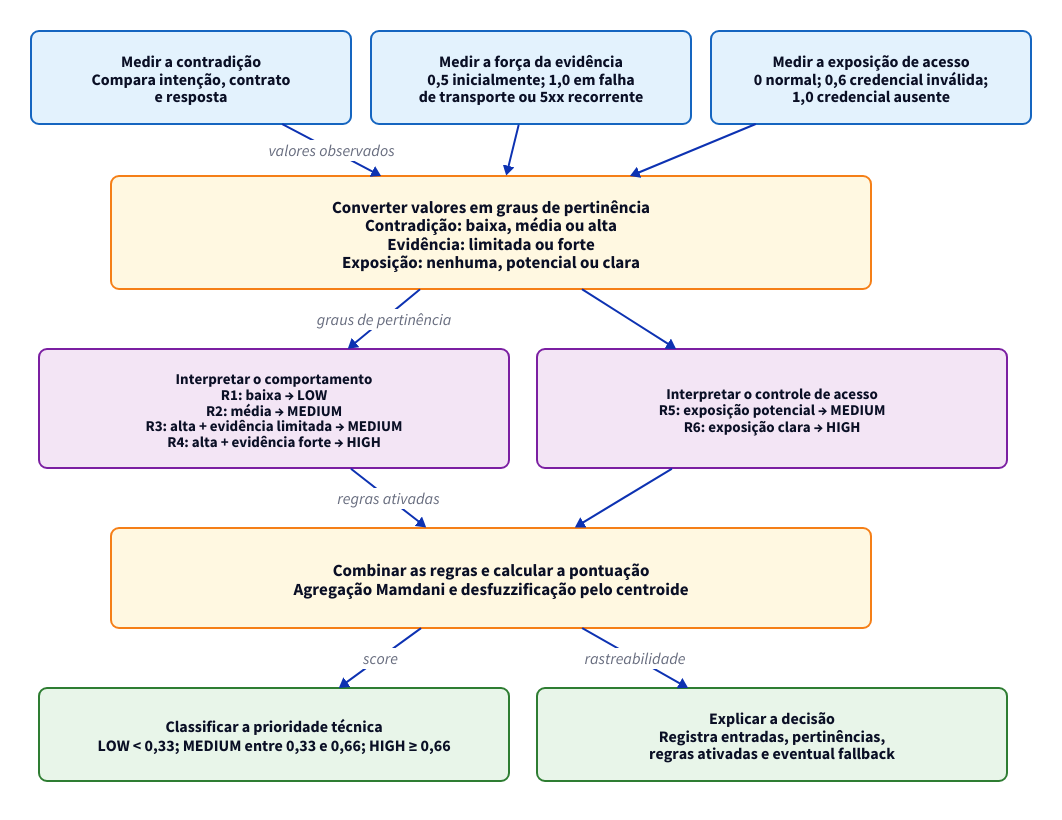
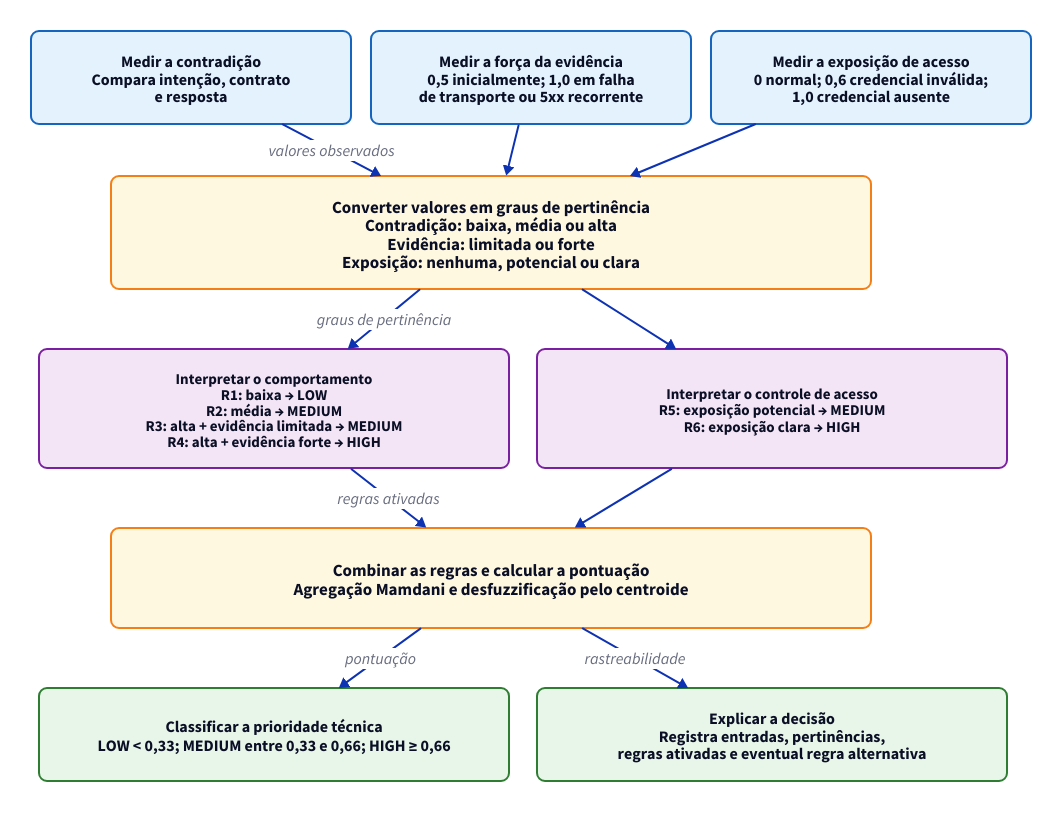
The diagram in docs/Diagrams/fuzzy-prioritization.d2 (Levi-21545/api-fuzzer), drawn with D2 before and after one commit. The commit also changed 11 other files, not shown here.

```diff
--- a/docs/Diagrams/fuzzy-prioritization.d2
+++ b/docs/Diagrams/fuzzy-prioritization.d2
@@ -1,144 +1,144 @@
 # Fluxo auditável do sistema fuzzy Mamdani
 # d2 --layout elk --pad 32 fuzzy-prioritization.d2 fuzzy-prioritization.svg
 
 direction: down
 grid-columns: 1
 grid-gap: 32
 style.fill: "#FFFFFF"
 
 classes: {
   input: {
     style: {
       fill: "#E3F2FD"
       stroke: "#1565C0"
       stroke-width: 2
       border-radius: 8
       font-size: 16
     }
   }
   process: {
     style: {
       fill: "#FFF8E1"
       stroke: "#F57F17"
       stroke-width: 2
       border-radius: 8
       font-size: 17
     }
   }
   rules: {
     style: {
       fill: "#F3E5F5"
       stroke: "#7B1FA2"
       stroke-width: 2
       border-radius: 8
       font-size: 15
     }
   }
   output: {
     style: {
       fill: "#E8F5E9"
       stroke: "#2E7D32"
       stroke-width: 2
       border-radius: 8
       font-size: 16
     }
   }
   row: {
     style: {
       fill: transparent
       stroke: transparent
     }
   }
   spacer: {
     style: {
       fill: transparent
       stroke: transparent
       opacity: 0
     }
   }
 }
 
 input_row: "" {
   grid-columns: 3
   grid-gap: 20
   class: row
 
   behavior: "Medir a contradição\nCompara intenção, contrato\ne resposta" {
     class: input
     width: 320
   }
   evidence: "Medir a força da evidência\n0,5 inicialmente; 1,0 em falha\nde transporte ou 5xx recorrente" {
     class: input
     width: 320
   }
   access: "Medir a exposição de acesso\n0 normal; 0,6 credencial inválida;\n1,0 credencial ausente" {
     class: input
     width: 320
   }
 }
 
 fuzz_row: "" {
   grid-columns: 3
   grid-gap: 0
   class: row
 
   fuzz_left: "" { class: spacer }
   fuzzification: "Converter valores em graus de pertinência\nContradição: baixa, média ou alta\nEvidência: limitada ou forte\nExposição: nenhuma, potencial ou clara" {
     class: process
     width: 760
   }
   fuzz_right: "" { class: spacer }
 }
 
 rule_row: "" {
   grid-columns: 2
   grid-gap: 28
   class: row
 
   behavior_rules: "Interpretar o comportamento\nR1: baixa → LOW\nR2: média → MEDIUM\nR3: alta + evidência limitada → MEDIUM\nR4: alta + evidência forte → HIGH" {
     class: rules
     width: 470
   }
   access_rules: "Interpretar o controle de acesso\nR5: exposição potencial → MEDIUM\nR6: exposição clara → HIGH" {
     class: rules
     width: 470
   }
 }
 
 inference_row: "" {
   grid-columns: 3
   grid-gap: 0
   class: row
 
   inference_left: "" { class: spacer }
   inference: "Combinar as regras e calcular a pontuação\nAgregação Mamdani e desfuzzificação pelo centroide" {
     class: process
     width: 760
   }
   inference_right: "" { class: spacer }
 }
 
 output_row: "" {
   grid-columns: 2
   grid-gap: 28
   class: row
 
   priority: "Classificar a prioridade técnica\nLOW < 0,33; MEDIUM entre 0,33 e 0,66; HIGH ≥ 0,66" {
     class: output
     width: 470
   }
-  audit: "Explicar a decisão\nRegistra entradas, pertinências,\nregras ativadas e eventual fallback" {
+  audit: "Explicar a decisão\nRegistra entradas, pertinências,\nregras ativadas e eventual regra alternativa" {
     class: output
     width: 470
   }
 }
 
 input_row.behavior -> fuzz_row.fuzzification: "valores observados"
 input_row.evidence -> fuzz_row.fuzzification
 input_row.access -> fuzz_row.fuzzification
 fuzz_row.fuzzification -> rule_row.behavior_rules: "graus de pertinência"
 fuzz_row.fuzzification -> rule_row.access_rules
 rule_row.behavior_rules -> inference_row.inference: "regras ativadas"
 rule_row.access_rules -> inference_row.inference
-inference_row.inference -> output_row.priority: "score"
+inference_row.inference -> output_row.priority: "pontuação"
 inference_row.inference -> output_row.audit: "rastreabilidade"
```
